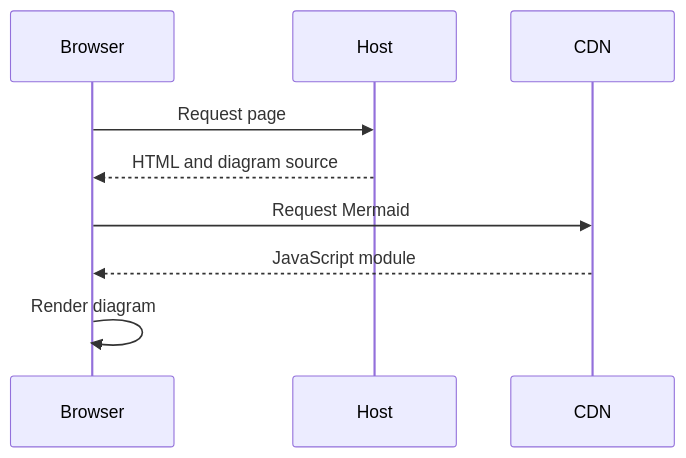
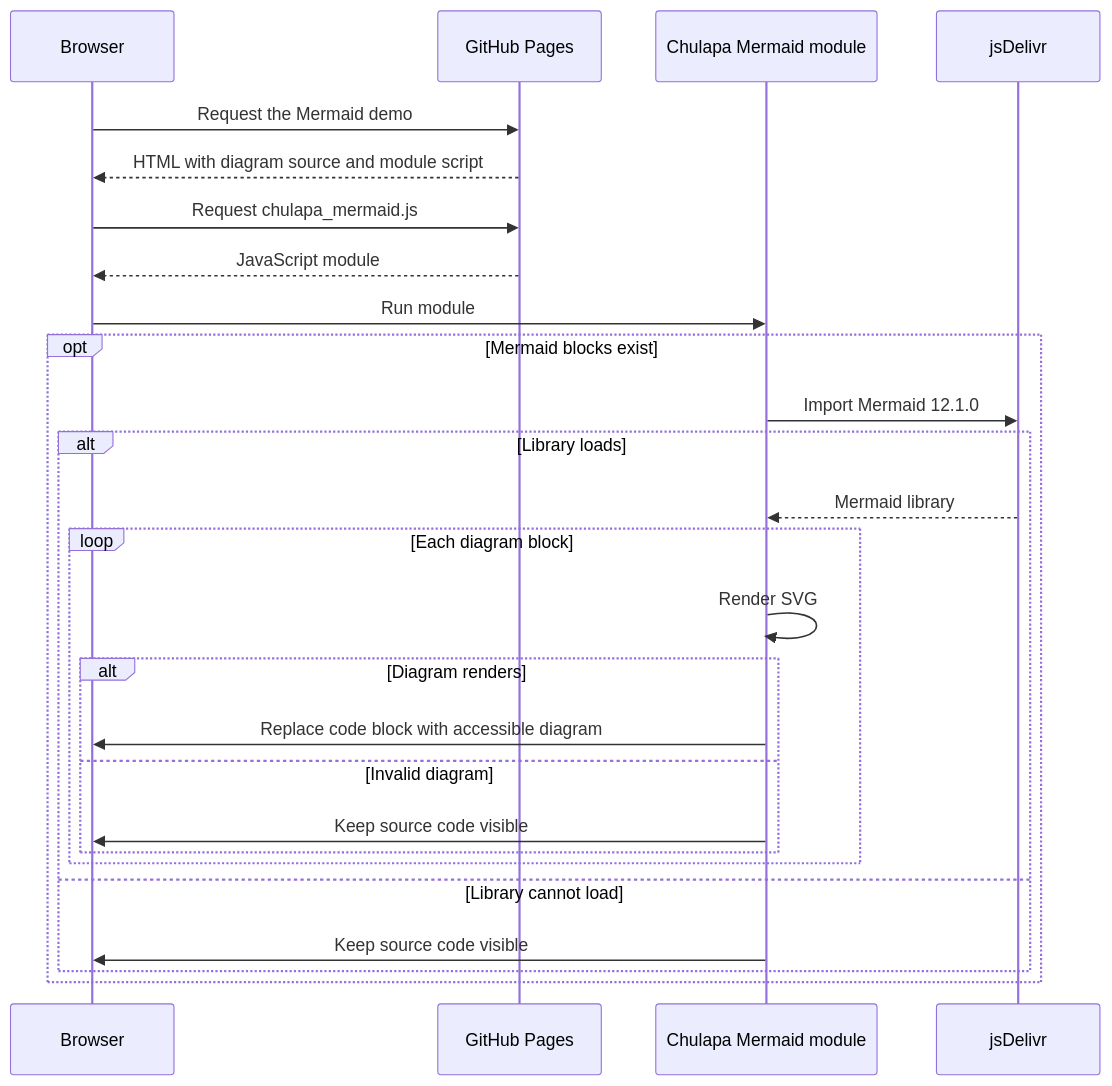
Before and after one commit to dieghernan/chulapa: the second of 2 diagrams in docs/collections/_demo/13_mermaid.md, drawn with Mermaid. The commit also changed other lines of this file, not shown here.

Commit message:
Illustrate real Chulapa workflows in the Mermaid demo

````diff
--- a/docs/collections/_demo/13_mermaid.md
+++ b/docs/collections/_demo/13_mermaid.md
@@ -61,13 +77,30 @@
 ```mermaid
 sequenceDiagram
-  accTitle: Loading a diagram
-  accDescr: The browser loads the page, fetches Mermaid and renders a diagram.
+  accTitle: Rendering Mermaid in Chulapa
+  accDescr: The browser loads an enabled page and the Chulapa Mermaid module. When diagram blocks exist, the module imports Mermaid from jsDelivr and renders each block. Successful diagrams replace their source, while failed diagrams keep their source visible.
   participant Browser
-  participant Host
-  participant CDN
-  Browser->>Host: Request page
-  Host-->>Browser: HTML and diagram source
-  Browser->>CDN: Request Mermaid
-  CDN-->>Browser: JavaScript module
-  Browser->>Browser: Render diagram
+  participant Pages as GitHub Pages
+  participant Module as Chulapa Mermaid module
+  participant CDN as jsDelivr
+  Browser->>Pages: Request the Mermaid demo
+  Pages-->>Browser: HTML with diagram source and module script
+  Browser->>Pages: Request chulapa_mermaid.js
+  Pages-->>Browser: JavaScript module
+  Browser->>Module: Run module
+  opt Mermaid blocks exist
+    Module->>CDN: Import Mermaid 12.1.0
+    alt Library loads
+      CDN-->>Module: Mermaid library
+      loop Each diagram block
+        Module->>Module: Render SVG
+        alt Diagram renders
+          Module->>Browser: Replace code block with accessible diagram
+        else Invalid diagram
+          Module->>Browser: Keep source code visible
+        end
+      end
+    else Library cannot load
+      Module->>Browser: Keep source code visible
+    end
+  end
 ```
````
